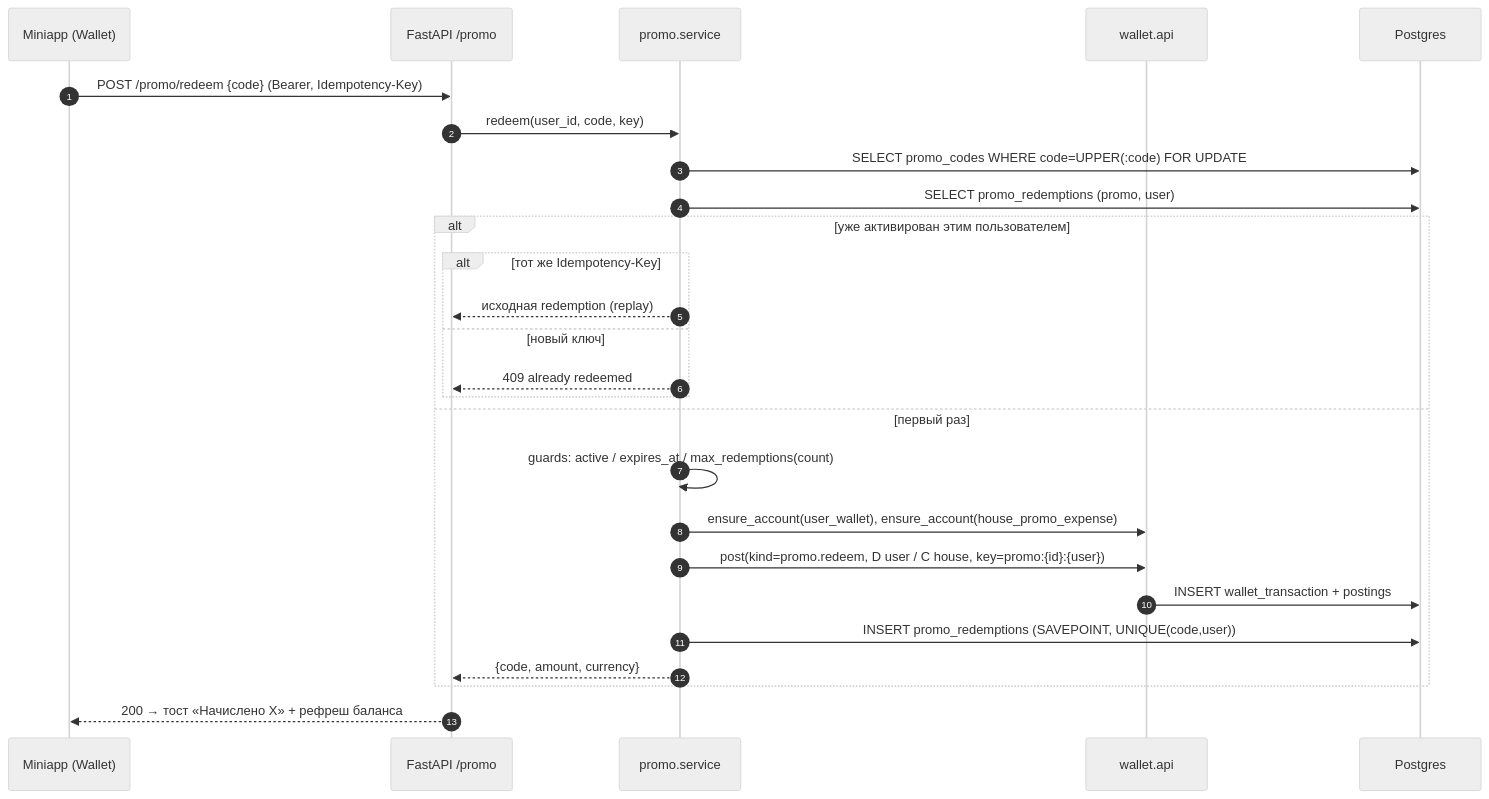
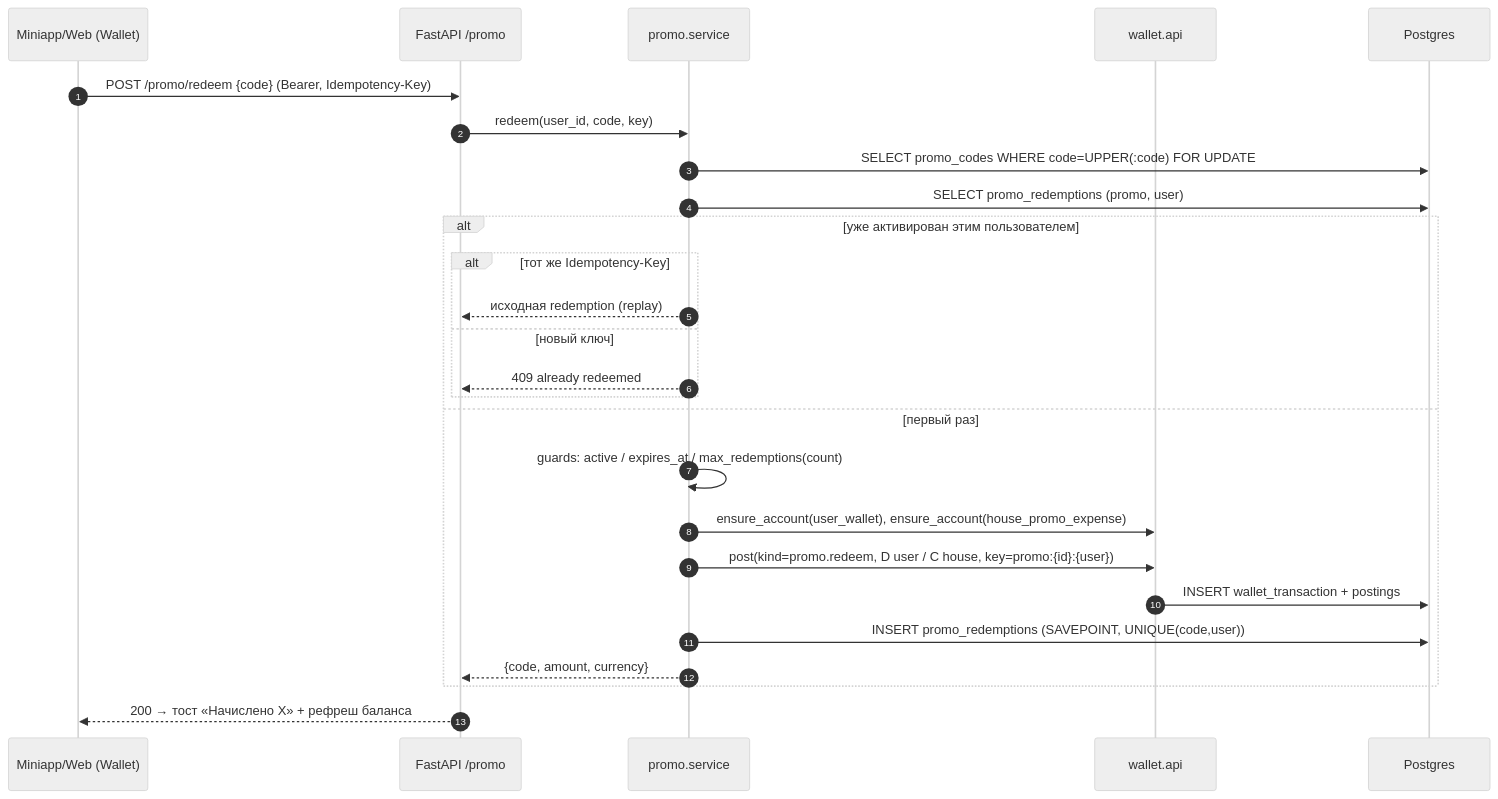
Before and after one commit to jamaomonov/yupay: the diagram in docs/architecture/sequence-diagrams/promo-redeem.mmd, drawn with Mermaid (neutral theme).

Commit message:
docs(architecture): name both surfaces in the promo-redeem diagram
The web wallet now performs the exact flow this diagram documents
(PromoCodeCard.tsx, merged on this branch), not just the Mini App's.
CI's docs-check is scoped to apps/api/src/yupay/modules/, so nothing
else would have caught a web-only diff leaving this stale.

```diff
--- a/docs/architecture/sequence-diagrams/promo-redeem.mmd
+++ b/docs/architecture/sequence-diagrams/promo-redeem.mmd
@@ -1,27 +1,27 @@
 sequenceDiagram
     autonumber
-    participant MA as Miniapp (Wallet)
+    participant MA as Miniapp/Web (Wallet)
     participant API as FastAPI /promo
     participant SVC as promo.service
     participant W as wallet.api
     participant DB as Postgres
 
     MA->>API: POST /promo/redeem {code} (Bearer, Idempotency-Key)
     API->>SVC: redeem(user_id, code, key)
     SVC->>DB: SELECT promo_codes WHERE code=UPPER(:code) FOR UPDATE
     SVC->>DB: SELECT promo_redemptions (promo, user)
     alt уже активирован этим пользователем
         alt тот же Idempotency-Key
             SVC-->>API: исходная redemption (replay)
         else новый ключ
             SVC-->>API: 409 already redeemed
         end
     else первый раз
         SVC->>SVC: guards: active / expires_at / max_redemptions(count)
         SVC->>W: ensure_account(user_wallet), ensure_account(house_promo_expense)
         SVC->>W: post(kind=promo.redeem, D user / C house, key=promo:{id}:{user})
         W->>DB: INSERT wallet_transaction + postings
         SVC->>DB: INSERT promo_redemptions (SAVEPOINT, UNIQUE(code,user))
         SVC-->>API: {code, amount, currency}
     end
     API-->>MA: 200 → тост «Начислено X» + рефреш баланса
```
